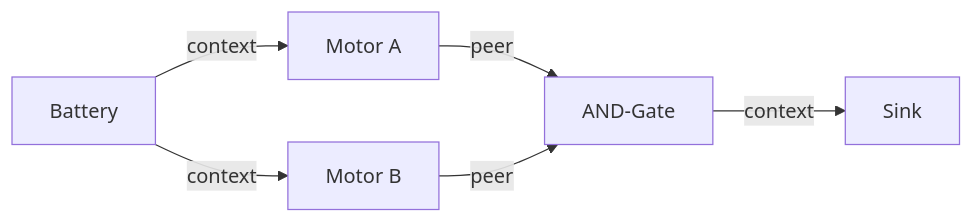
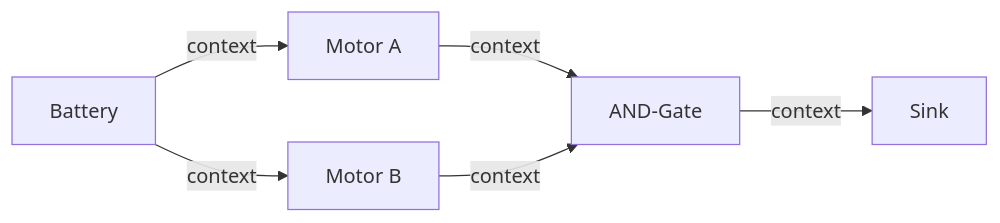
The second of 4 diagrams in docs/guides/circuit-design.md (ssm-08/cirkit), drawn with Mermaid before and after one commit. The commit also changed other lines of this file and 7 other files, not shown here.

````diff
--- a/docs/guides/circuit-design.md
+++ b/docs/guides/circuit-design.md
@@ -45,8 +60,8 @@
 ```mermaid
 flowchart LR
     bat[Battery] -->|context| ma[Motor A]
-    bat -->|context| mb[Motor B]
-    ma -->|peer| gate[AND-Gate]
-    mb -->|peer| gate
-    gate -->|context| sink[Sink]
+    bat          -->|context| mb[Motor B]
+    ma           -->|context| gate[AND-Gate]
+    mb           -->|context| gate
+    gate         -->|context| sink[Sink]
 ```
````
